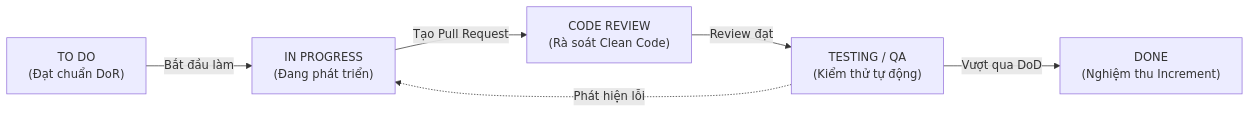
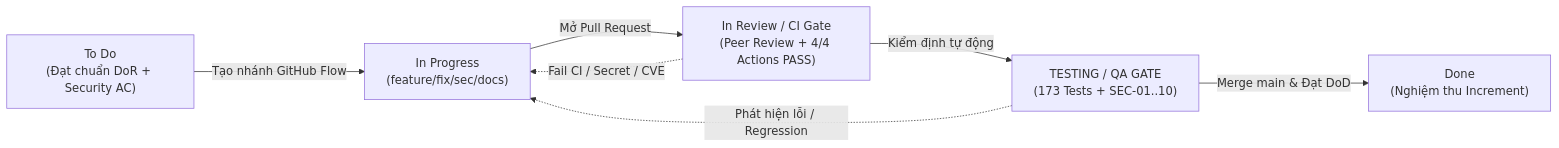
The first of 3 diagrams in docs/scrum/JIRA-SPRINT-REPORT.md (itsminloc/Cyberig), drawn with Mermaid before and after one commit. The commit also changed other lines of this file and 10 other files, not shown here.

````diff
--- a/docs/scrum/JIRA-SPRINT-REPORT.md
+++ b/docs/scrum/JIRA-SPRINT-REPORT.md
@@ -75,8 +77,9 @@
 ```mermaid
 flowchart LR
-    A["TO DO<br/>(Đạt chuẩn DoR)"] -->|Bắt đầu làm| B["IN PROGRESS<br/>(Đang phát triển)"]
-    B -->|Tạo Pull Request| C["CODE REVIEW<br/>(Rà soát Clean Code)"]
-    C -->|Review đạt| D["TESTING / QA<br/>(Kiểm thử tự động)"]
-    D -->|Vượt qua DoD| E["DONE<br/>(Nghiệm thu Increment)"]
-    D -.->|Phát hiện lỗi| B
+    A["To Do<br/>(Đạt chuẩn DoR + Security AC)"] -->|Tạo nhánh GitHub Flow| B["In Progress<br/>(feature/fix/sec/docs)"]
+    B -->|Mở Pull Request| C["In Review / CI Gate<br/>(Peer Review + 4/4 Actions PASS)"]
+    C -->|Kiểm định tự động| D["TESTING / QA GATE<br/>(173 Tests + SEC-01..10)"]
+    D -->|Merge main &amp; Đạt DoD| E["Done<br/>(Nghiệm thu Increment)"]
+    C -.->|Fail CI / Secret / CVE| B
+    D -.->|Phát hiện lỗi / Regression| B
 ```
````
